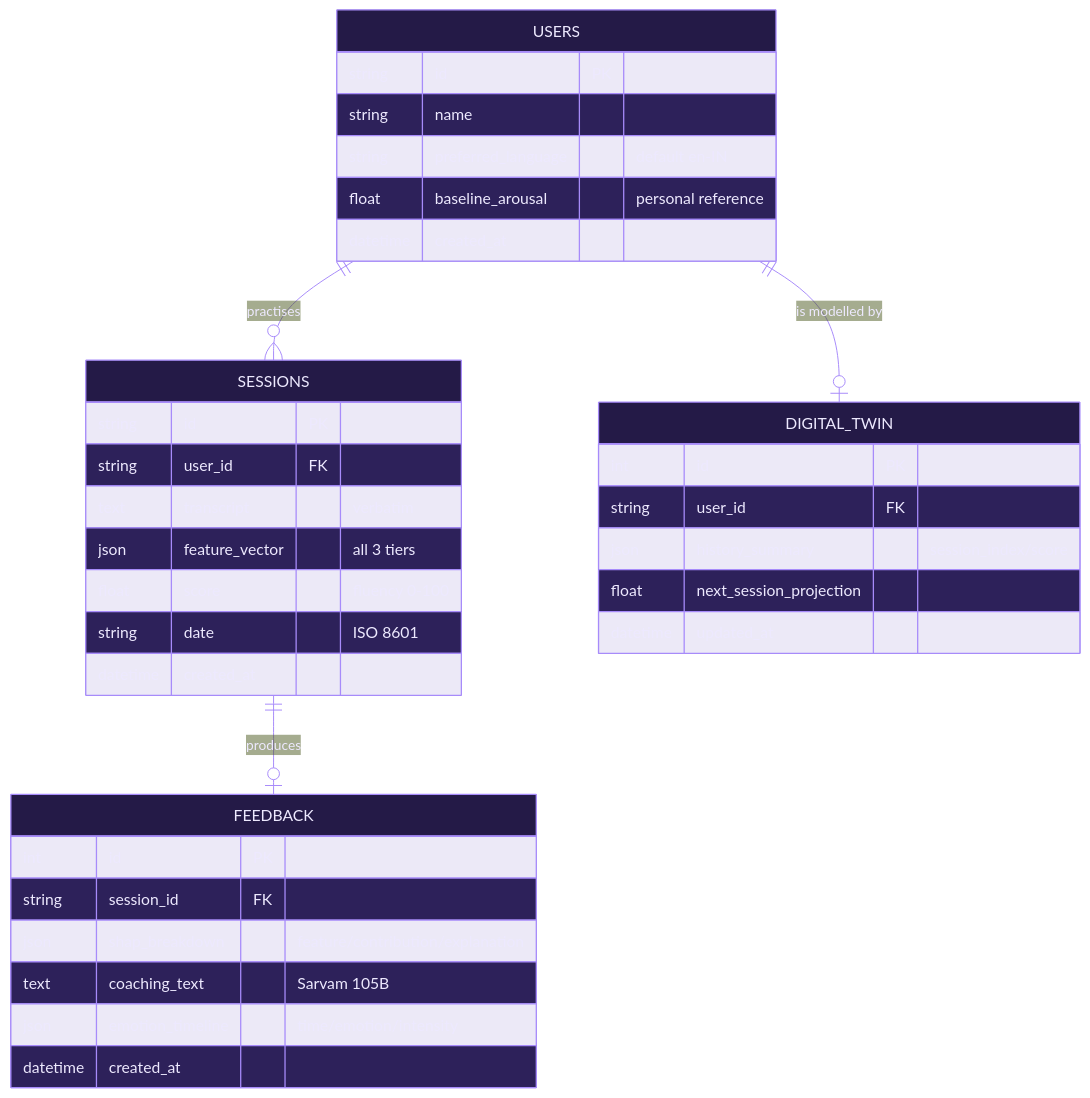
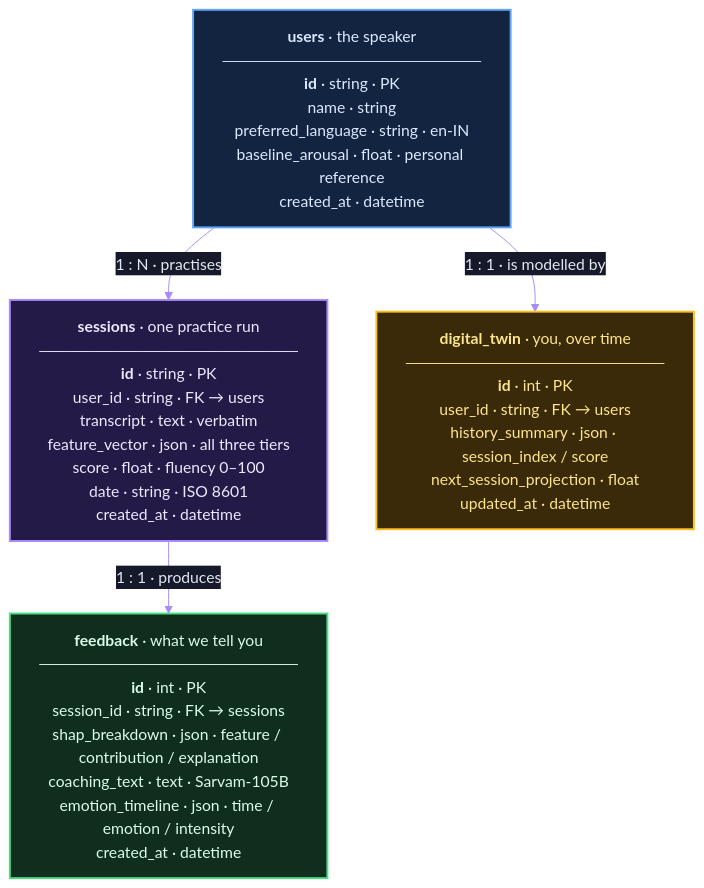
Before and after one commit to vaibhav700c/Anubhav: the fifth of 5 diagrams in README.md, drawn with Mermaid. The commit also changed other lines of this file, not shown here.

First paragraph of the commit message:
fix(docs): rebuild Data Model diagram as a flowchart so its colours survive GitHub's theme
The erDiagram rendered with white attribute rows and light text on GitHub,
leaving column names like "string" and "id" invisible.

````diff
--- a/README.md
+++ b/README.md
@@ -323,39 +323,25 @@
 ```mermaid
-%%{init: {'theme':'base','themeVariables':{'fontFamily':'Inter, system-ui, sans-serif','background':'#0D1117','primaryColor':'#241A47','primaryBorderColor':'#A78BFA','primaryTextColor':'#EDE9FE','lineColor':'#A78BFA','textColor':'#E2E8F0','mainBkg':'#241A47','nodeBorder':'#A78BFA','attributeBackgroundColorOdd':'#1E2235','attributeBackgroundColorEven':'#161929'}}}%%
-erDiagram
-    USERS ||--o{ SESSIONS : "practises"
-    USERS ||--o| DIGITAL_TWIN : "is modelled by"
-    SESSIONS ||--o| FEEDBACK : "produces"
+%%{init: {'theme':'base','themeVariables':{'fontFamily':'Inter, system-ui, sans-serif','background':'#0D1117','primaryColor':'#1E2235','primaryTextColor':'#E2E8F0','primaryBorderColor':'#A78BFA','lineColor':'#A78BFA','textColor':'#E2E8F0','mainBkg':'#1E2235','nodeBorder':'#A78BFA','clusterBkg':'#14172A','clusterBorder':'#4C1D95','edgeLabelBackground':'#161929'}}}%%
+flowchart TB
+    USERS["<b>users</b> · the speaker<br/>──────────────────────<br/><b>id</b> · string · PK<br/>name · string<br/>preferred_language · string · en-IN<br/>baseline_arousal · float · personal reference<br/>created_at · datetime"]
 
-    USERS {
-        string id PK
-        string name
-        string preferred_language "default en-IN"
-        float  baseline_arousal "personal reference"
-        datetime created_at
-    }
-    SESSIONS {
-        string id PK
-        string user_id FK
-        text   transcript "verbatim"
-        json   feature_vector "all 3 tiers"
-        float  score "fluency 0-100"
-        string date "ISO 8601"
-        datetime created_at
-    }
-    FEEDBACK {
-        int    id PK
-        string session_id FK
-        json   shap_breakdown "feature/contribution/explanation"
-        text   coaching_text "Sarvam 105B"
-        json   emotion_timeline "time/emotion/intensity"
-        datetime created_at
-    }
-    DIGITAL_TWIN {
-        int    id PK
-        string user_id FK
-        json   history_summary "session_index/score"
-        float  next_session_projection
-        datetime updated_at
-    }
+    SESSIONS["<b>sessions</b> · one practice run<br/>──────────────────────<br/><b>id</b> · string · PK<br/>user_id · string · FK → users<br/>transcript · text · verbatim<br/>feature_vector · json · all three tiers<br/>score · float · fluency 0–100<br/>date · string · ISO 8601<br/>created_at · datetime"]
+
+    FEEDBACK["<b>feedback</b> · what we tell you<br/>──────────────────────<br/><b>id</b> · int · PK<br/>session_id · string · FK → sessions<br/>shap_breakdown · json · feature / contribution / explanation<br/>coaching_text · text · Sarvam-105B<br/>emotion_timeline · json · time / emotion / intensity<br/>created_at · datetime"]
+
+    TWIN["<b>digital_twin</b> · you, over time<br/>──────────────────────<br/><b>id</b> · int · PK<br/>user_id · string · FK → users<br/>history_summary · json · session_index / score<br/>next_session_projection · float<br/>updated_at · datetime"]
+
+    USERS -- "1 : N · practises" --> SESSIONS
+    USERS -- "1 : 1 · is modelled by" --> TWIN
+    SESSIONS -- "1 : 1 · produces" --> FEEDBACK
+
+    classDef tblUser fill:#12243F,stroke:#60A5FA,stroke-width:2px,color:#DBEAFE
+    classDef tblSession fill:#241A47,stroke:#A78BFA,stroke-width:2px,color:#EDE9FE
+    classDef tblFeedback fill:#0F2E1D,stroke:#4ADE80,stroke-width:2px,color:#DCFCE7
+    classDef tblTwin fill:#3A2A0A,stroke:#FBBF24,stroke-width:2px,color:#FDE68A
+
+    class USERS tblUser
+    class SESSIONS tblSession
+    class FEEDBACK tblFeedback
+    class TWIN tblTwin
 ```
````
